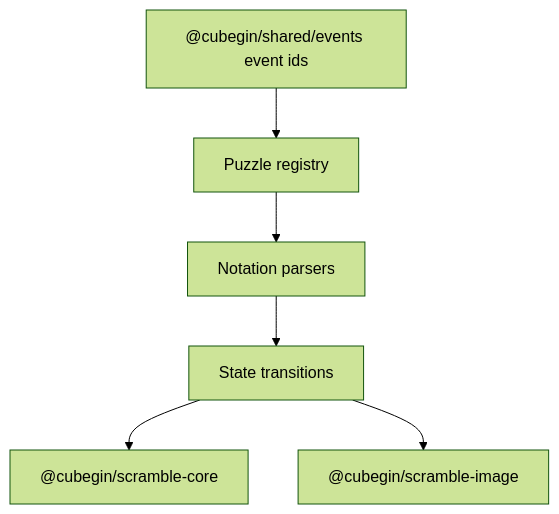
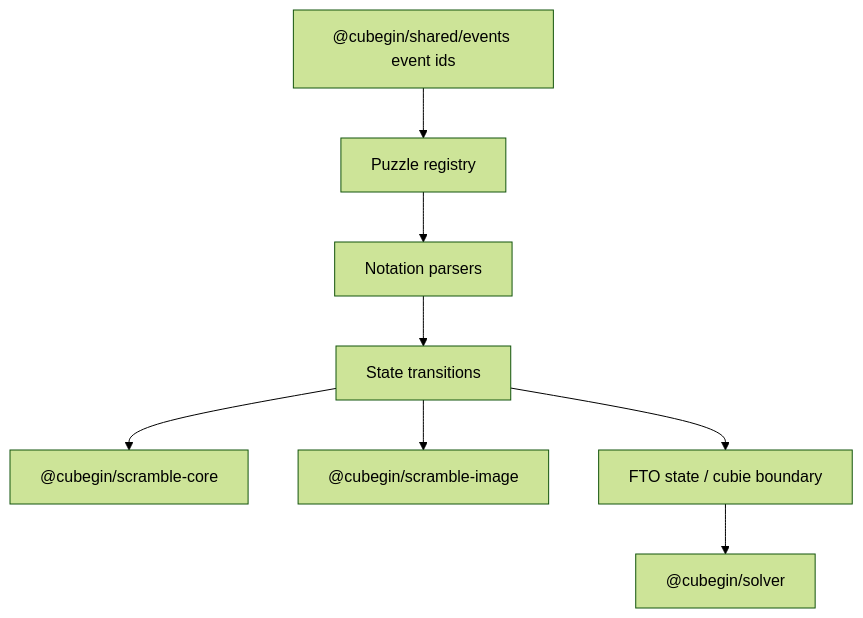
Before and after one commit to deweyou/cube-kit: the diagram in docs/packages/scramble-puzzle/index.md, drawn with Mermaid (forest theme). The commit also changed other lines of this file and 85 other files, not shown here.

````diff
--- a/docs/packages/scramble-puzzle/index.md
+++ b/docs/packages/scramble-puzzle/index.md
@@ -3,8 +3,10 @@
 ```mermaid
 flowchart TD
     Events["@cubegin/shared/events event ids"] --> Registry["Puzzle registry"]
     Registry --> Parsers["Notation parsers"]
     Parsers --> States["State transitions"]
     States --> Core["@cubegin/scramble-core"]
     States --> Image["@cubegin/scramble-image"]
+    States --> Cubies["FTO state / cubie boundary"]
+    Cubies --> Solver["@cubegin/solver"]
 ```
````
